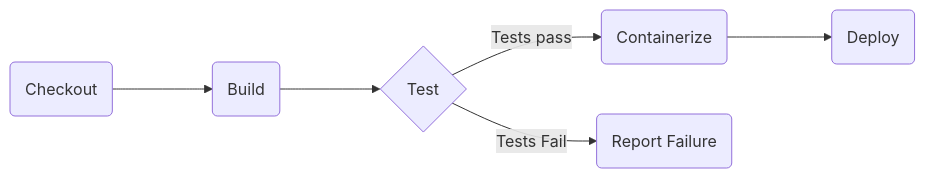
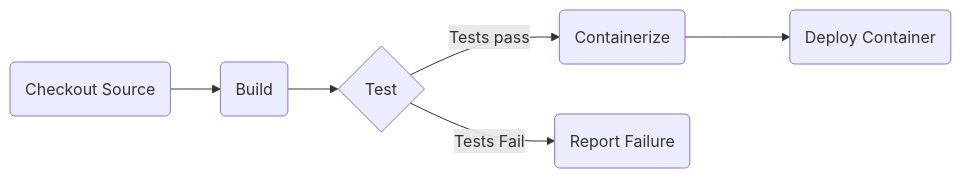
One commit to PradeepLoganathan/pradeepl-blog changed the diagram in content/blog/kubernetes/creating-a-tekton-build-pipeline/index.md. Above: the diagram before and after it, drawn with Mermaid. The commit also changed other lines of this file, not shown here.

Commit message:
updated blog post

```diff
--- a/content/blog/kubernetes/creating-a-tekton-build-pipeline/index.md
+++ b/content/blog/kubernetes/creating-a-tekton-build-pipeline/index.md
@@ -67,9 +67,9 @@
 {{< mermaid >}}
 
 flowchart  LR
-A(Checkout) ---> B(Build)
-B ---> C{Test}
+A(Checkout Source) --> B(Build)
+B --> C{Test}
 C --Tests pass--> D(Containerize)
 C --Tests Fail--> E(Report Failure)
-D ---> F(Deploy)
+D ---> F(Deploy Container)
 {{< /mermaid >}}
```
